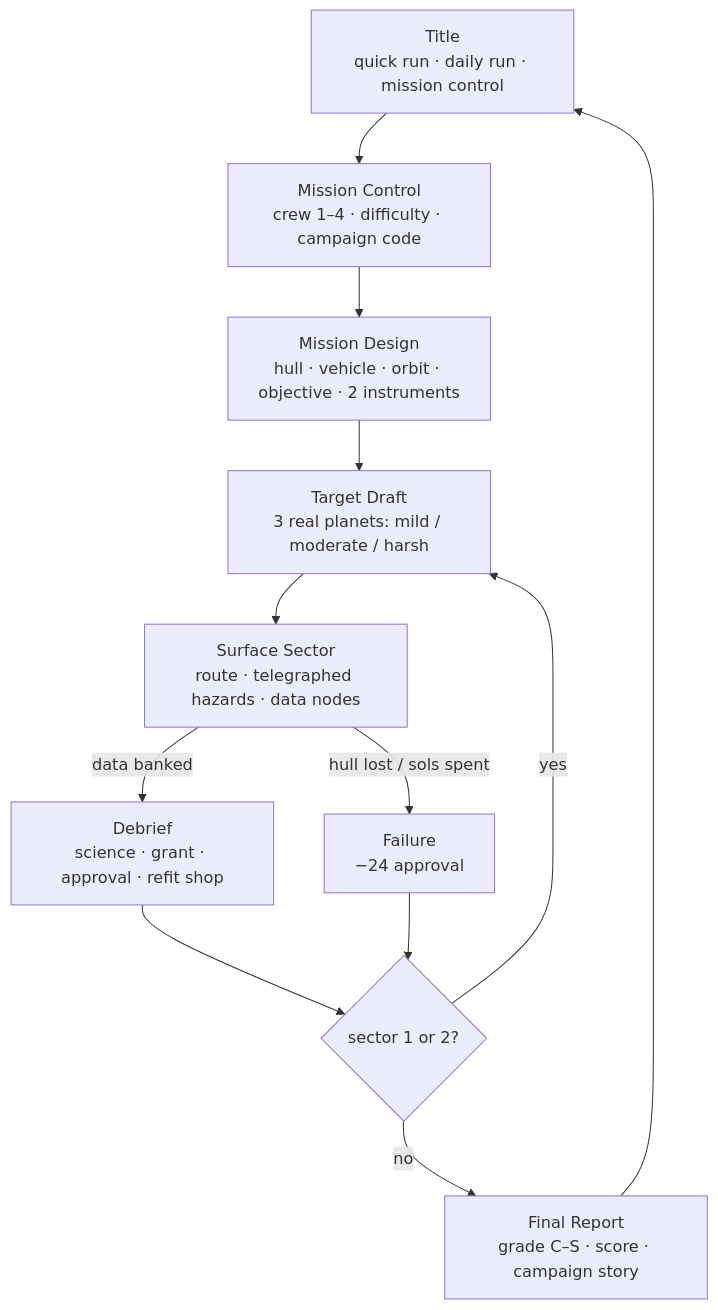
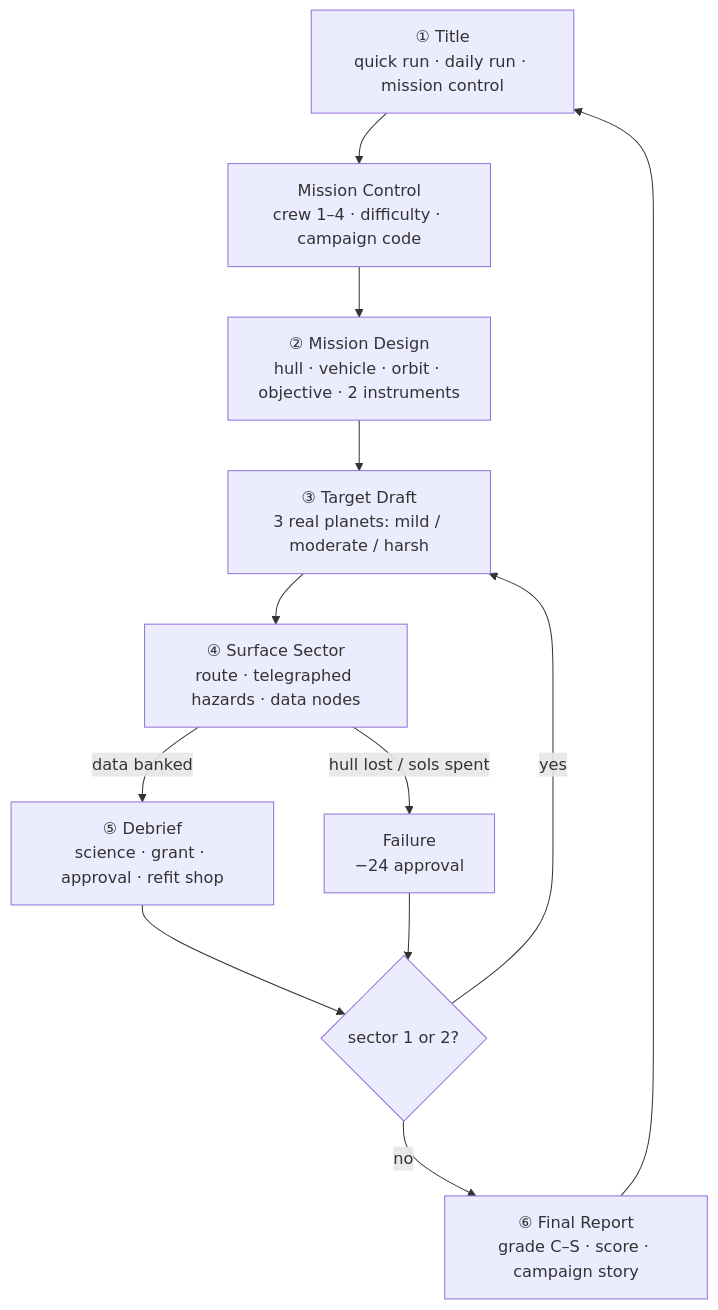
One commit to g1gowda123/spacegame changed the first of 3 diagrams in README.md. Above: the diagram before and after it, drawn with Mermaid. The commit also changed other lines of this file and 6 other files, not shown here.

Commit message:
docs(readme): number the loop flowcharts and add fresh in-loop screenshots

````diff
--- a/README.md
+++ b/README.md
@@ -69,14 +69,14 @@
 ```mermaid
 flowchart TD
-    T["Title<br/>quick run · daily run · mission control"] --> MC["Mission Control<br/>crew 1–4 · difficulty · campaign code"]
-    MC --> D["Mission Design<br/>hull · vehicle · orbit · objective · 2 instruments"]
-    D --> DR["Target Draft<br/>3 real planets: mild / moderate / harsh"]
-    DR --> S["Surface Sector<br/>route · telegraphed hazards · data nodes"]
-    S -->|"data banked"| DB["Debrief<br/>science · grant · approval · refit shop"]
+    T["① Title<br/>quick run · daily run · mission control"] --> MC["Mission Control<br/>crew 1–4 · difficulty · campaign code"]
+    MC --> D["② Mission Design<br/>hull · vehicle · orbit · objective · 2 instruments"]
+    D --> DR["③ Target Draft<br/>3 real planets: mild / moderate / harsh"]
+    DR --> S["④ Surface Sector<br/>route · telegraphed hazards · data nodes"]
+    S -->|"data banked"| DB["⑤ Debrief<br/>science · grant · approval · refit shop"]
     S -->|"hull lost / sols spent"| F["Failure<br/>−24 approval"]
     DB --> Q{"sector 1 or 2?"}
     F --> Q
     Q -->|"yes"| DR
-    Q -->|"no"| R["Final Report<br/>grade C–S · score · campaign story"]
+    Q -->|"no"| R["⑥ Final Report<br/>grade C–S · score · campaign story"]
     R --> T
 ```
````
